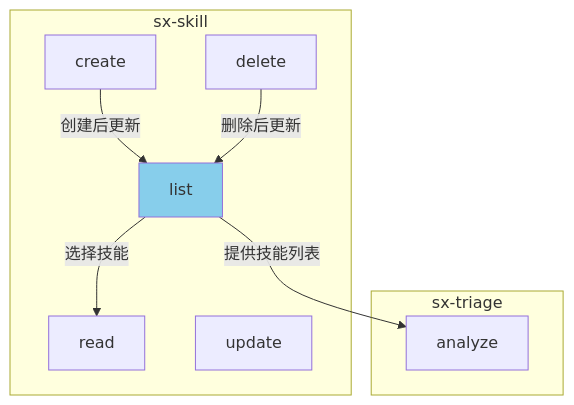
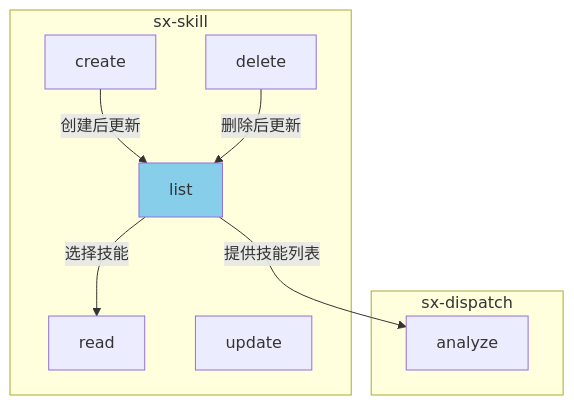
One commit to shetengteng/skillix-mcp changed diagram 15 of 16 in design/02-设计/20260114-08-sx-list设计.md. Above: the diagram before and after it, drawn with Mermaid. The commit also changed other lines of this file and 32 other files, not shown here.

````diff
--- a/design/02-设计/20260114-08-sx-list设计.md
+++ b/design/02-设计/20260114-08-sx-list设计.md
@@ -405,21 +405,21 @@
 ```mermaid
 flowchart TD
     subgraph sx-skill
         A[list]
         B[create]
         C[read]
         D[update]
         E[delete]
     end
     
-    subgraph sx-triage
+    subgraph sx-dispatch
         F[analyze]
     end
     
     A -->|提供技能列表| F
     B -->|创建后更新| A
     E -->|删除后更新| A
     A -->|选择技能| C
     
     style A fill:#87CEEB
 ```
````
